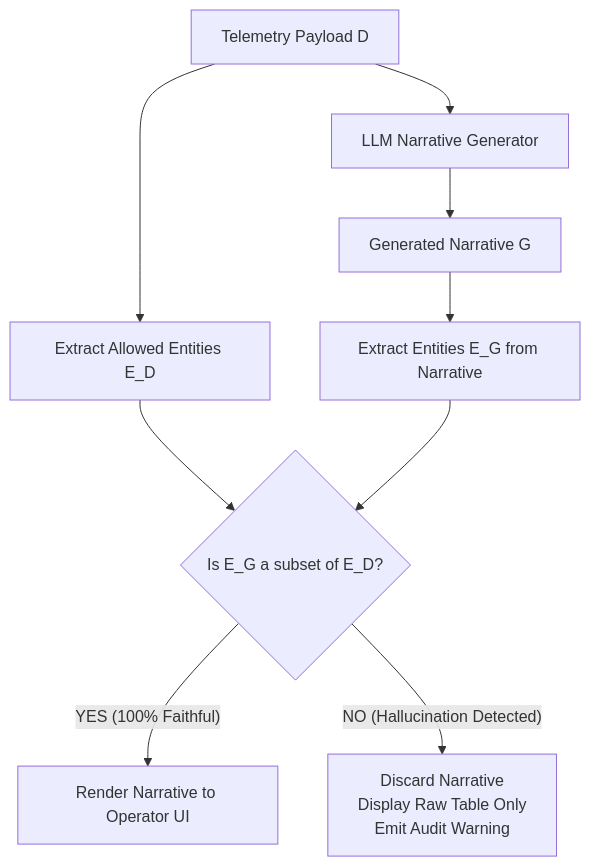
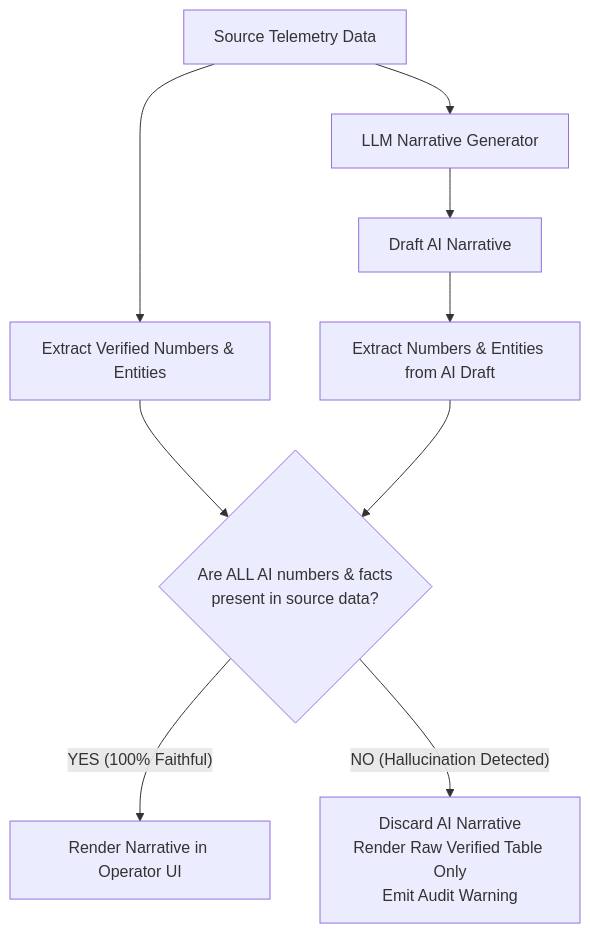
One commit to srihari-sridharan-tw/Titans-Arch-Kata-2026 changed the diagram in docs/adrs/ADR-015-deterministic-faithfulness-verification.md. Above: the diagram before and after it, drawn with Mermaid. The commit also changed other lines of this file and 27 other files, not shown here.

````diff
--- a/docs/adrs/ADR-015-deterministic-faithfulness-verification.md
+++ b/docs/adrs/ADR-015-deterministic-faithfulness-verification.md
@@ -33,13 +31,13 @@
 ```mermaid
 flowchart TD
-    Data[Telemetry Payload D] --> ExtractD[Extract Allowed Entities E_D]
+    Data[Source Telemetry Data] --> ExtractKnown[Extract Verified Numbers & Entities]
     Data --> LLM[LLM Narrative Generator]
-    LLM --> DraftG[Generated Narrative G]
-    DraftG --> ExtractG[Extract Entities E_G from Narrative]
+    LLM --> Draft[Draft AI Narrative]
+    Draft --> ExtractDraft[Extract Numbers & Entities from AI Draft]
     
-    ExtractD --> Compare{Is E_G a subset of E_D?}
-    ExtractG --> Compare
+    ExtractKnown --> Compare{Are ALL AI numbers & facts<br/>present in source data?}
+    ExtractDraft --> Compare
     
-    Compare -- YES (100% Faithful) --> Emit[Render Narrative to Operator UI]
-    Compare -- NO (Hallucination Detected) --> Discard[Discard Narrative<br/>Display Raw Table Only<br/>Emit Audit Warning]
+    Compare -- YES (100% Faithful) --> Emit[Render Narrative in Operator UI]
+    Compare -- NO (Hallucination Detected) --> Discard[Discard AI Narrative<br/>Render Raw Verified Table Only<br/>Emit Audit Warning]
 ```
````
